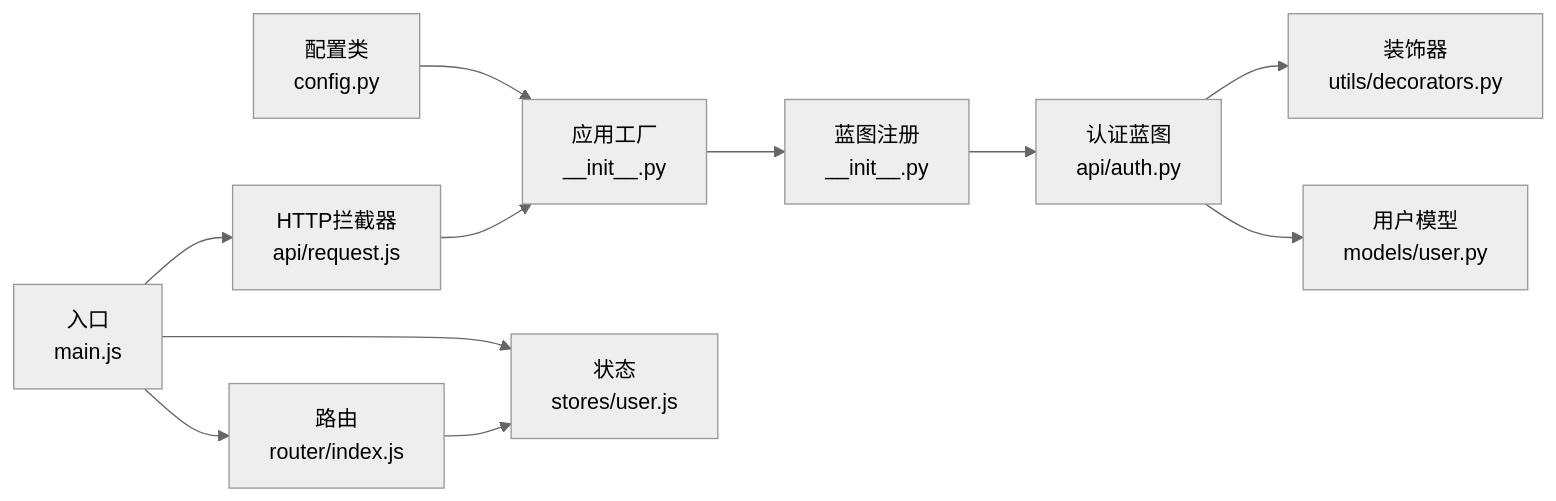
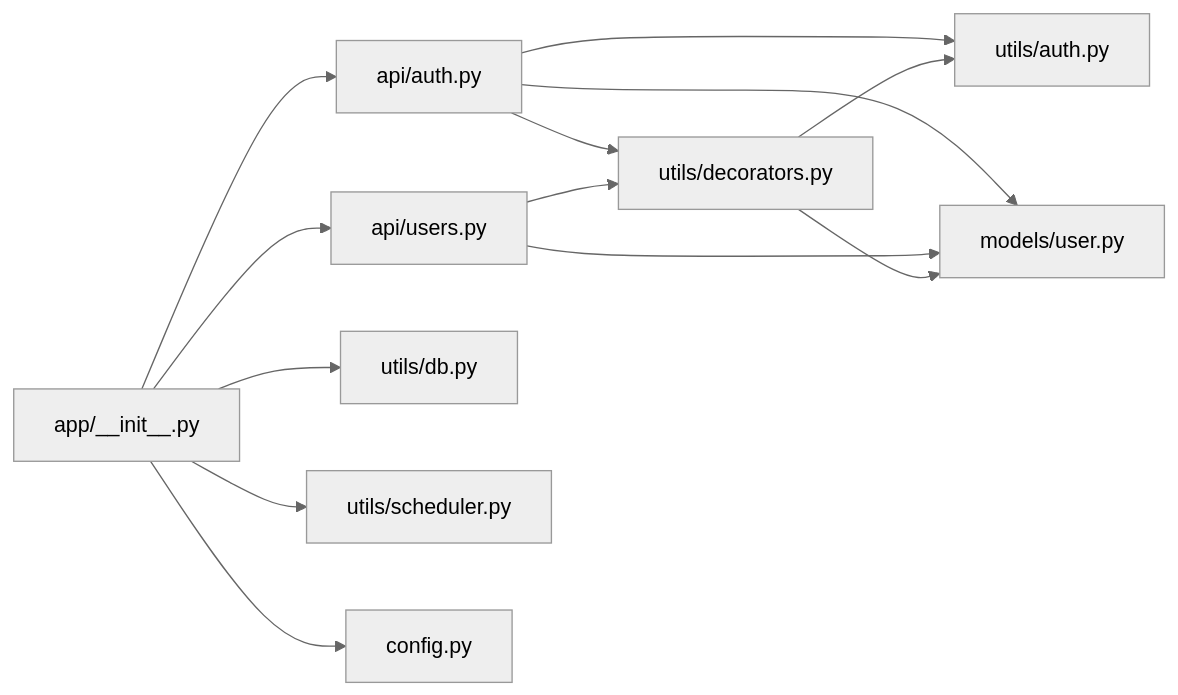
One commit to ismine3/OPS changed the fifth of 5 diagrams in .qoder/repowiki/zh/content/开发指南/代码规范.md. Above: the diagram before and after it, drawn with Mermaid (neutral theme). The commit also changed other lines of this file and 157 other files, not shown here.

````diff
--- a/.qoder/repowiki/zh/content/开发指南/代码规范.md
+++ b/.qoder/repowiki/zh/content/开发指南/代码规范.md
@@ -242,13 +310,15 @@
 ```mermaid
 graph LR
-CFG["配置类<br/>config.py"] --> APP["应用工厂<br/>__init__.py"]
-APP --> REG["蓝图注册<br/>__init__.py"]
-REG --> AUTH["认证蓝图<br/>api/auth.py"]
-AUTH --> DEC["装饰器<br/>utils/decorators.py"]
-AUTH --> UMDL["用户模型<br/>models/user.py"]
-MAIN["入口<br/>main.js"] --> ROUTER["路由<br/>router/index.js"]
-MAIN --> STORE["状态<br/>stores/user.js"]
-MAIN --> API["HTTP拦截器<br/>api/request.js"]
-ROUTER --> STORE
-API --> APP
+API_AUTH["api/auth.py"] --> DEC["utils/decorators.py"]
+API_AUTH --> AUTHU["utils/auth.py"]
+API_AUTH --> MODELU["models/user.py"]
+API_USERS["api/users.py"] --> DEC
+API_USERS --> MODELU
+DEC --> AUTHU
+DEC --> MODELU
+APP_INIT["app/__init__.py"] --> API_AUTH
+APP_INIT --> API_USERS
+APP_INIT --> DBU["utils/db.py"]
+APP_INIT --> SCH["utils/scheduler.py"]
+APP_INIT --> CFG["config.py"]
 ```
````
